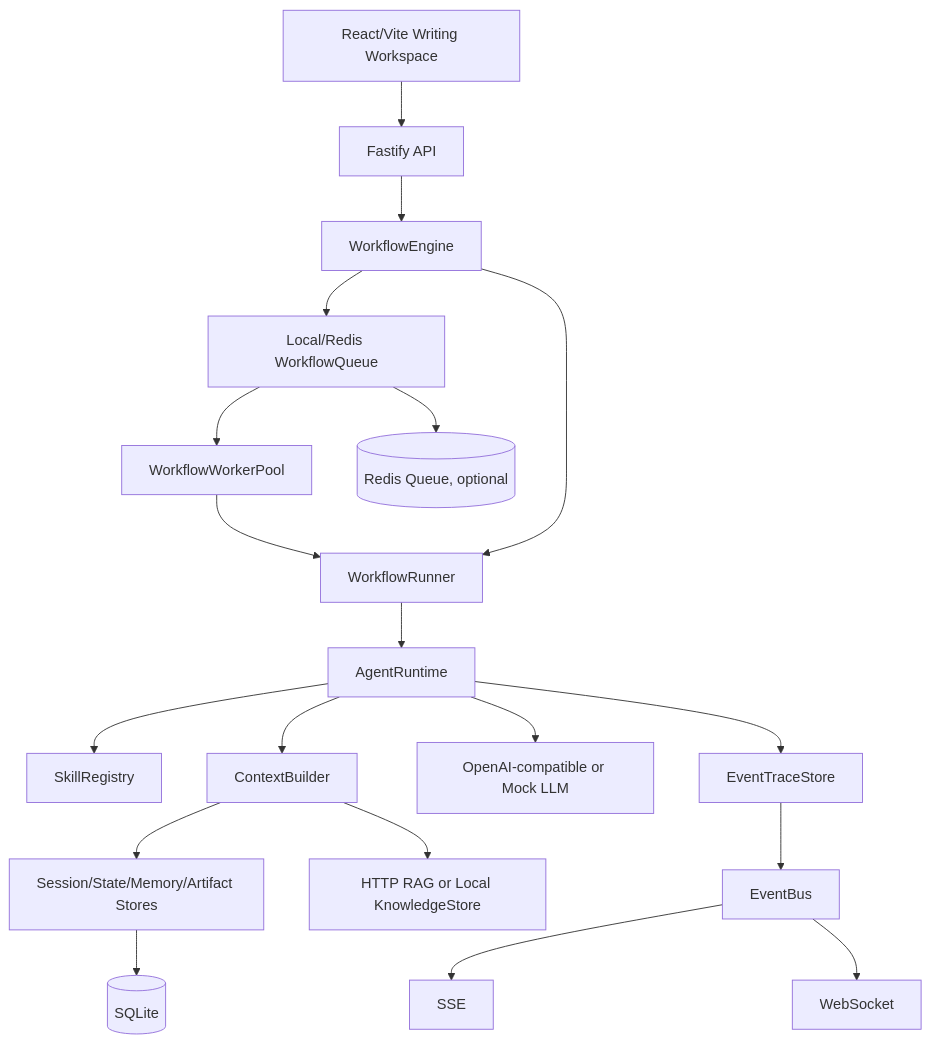
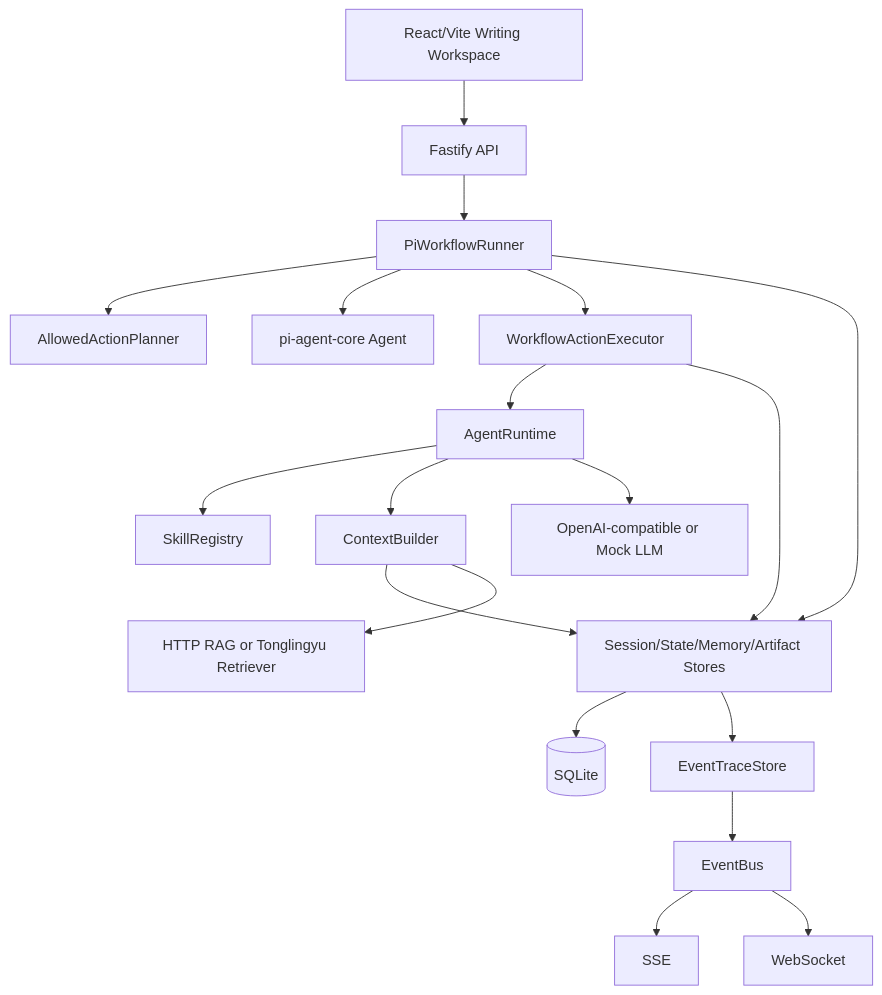
The diagram in docs/technical-architecture.md (simonjiao/writing-assistant), drawn with Mermaid before and after one commit. The commit also changed other lines of this file and 17 other files, not shown here.

````diff
--- a/docs/technical-architecture.md
+++ b/docs/technical-architecture.md
@@ -5,21 +5,21 @@
 ```mermaid
 flowchart TB
   UI[React/Vite Writing Workspace] --> API[Fastify API]
-  API --> Engine[WorkflowEngine]
-  Engine --> Queue[Local/Redis WorkflowQueue]
-  Queue --> Pool[WorkflowWorkerPool]
-  Pool --> Runner[WorkflowRunner]
-  Engine --> Runner
-  Runner --> Runtime[AgentRuntime]
+  API --> Runner[PiWorkflowRunner]
+  Runner --> Planner[AllowedActionPlanner]
+  Runner --> Agent[pi-agent-core Agent]
+  Runner --> Executor[WorkflowActionExecutor]
+  Executor --> Runtime[AgentRuntime]
   Runtime --> Skills[SkillRegistry]
   Runtime --> Context[ContextBuilder]
   Runtime --> LLM[OpenAI-compatible or Mock LLM]
   Context --> Stores[Session/State/Memory/Artifact Stores]
-  Context --> Knowledge[HTTP RAG or Local KnowledgeStore]
-  Runtime --> Trace[EventTraceStore]
+  Context --> Knowledge[HTTP RAG or Tonglingyu Retriever]
+  Executor --> Stores
+  Runner --> Stores
+  Stores --> SQLite[(SQLite)]
+  Stores --> Trace[EventTraceStore]
   Trace --> Bus[EventBus]
   Bus --> SSE[SSE]
   Bus --> WS[WebSocket]
-  Stores --> SQLite[(SQLite)]
-  Queue --> Redis[(Redis Queue, optional)]
 ```
````
